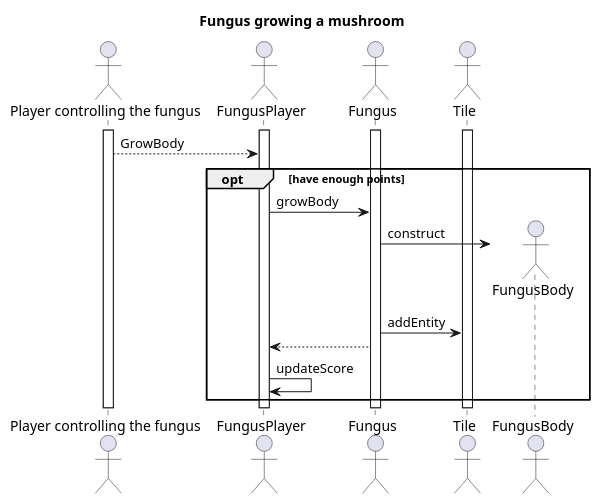
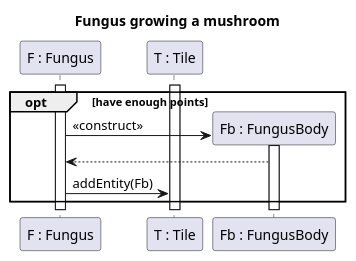
Before and after one commit to Klastiv/Projlab_nullpointerexception: the diagram in diagrams/diagramFiles/SQ_FungusMushroom.puml, drawn with PlantUML.

Commit message:
mushroombodygrows

```diff
--- a/diagrams/diagramFiles/SQ_FungusMushroom.puml
+++ b/diagrams/diagramFiles/SQ_FungusMushroom.puml
@@ -1,28 +1,22 @@
 @startuml Fungus mushroom
 
 title Fungus growing a mushroom
 
-actor "Player controlling the fungus" as P
-actor "FungusPlayer" as Fp
-actor "Fungus" as F
-actor "Tile" as T
-actor "FungusBody" as Fb
+participant "F : Fungus" as F
+participant "T : Tile" as T
+participant "Fb : FungusBody" as Fb
 
-activate P
-activate Fp
 activate F
 activate T
 
-P --> Fp : GrowBody
 opt have enough points
-Fp -> F : growBody
-F -> Fb ** : construct
-F -> T : addEntity
-F --> Fp
-Fp -> Fp : updateScore
+F -> Fb ** : <<construct>>
+activate Fb
+Fb --> F
+F -> T : addEntity(Fb)
 
 
 end
 
 
 @enduml
```
